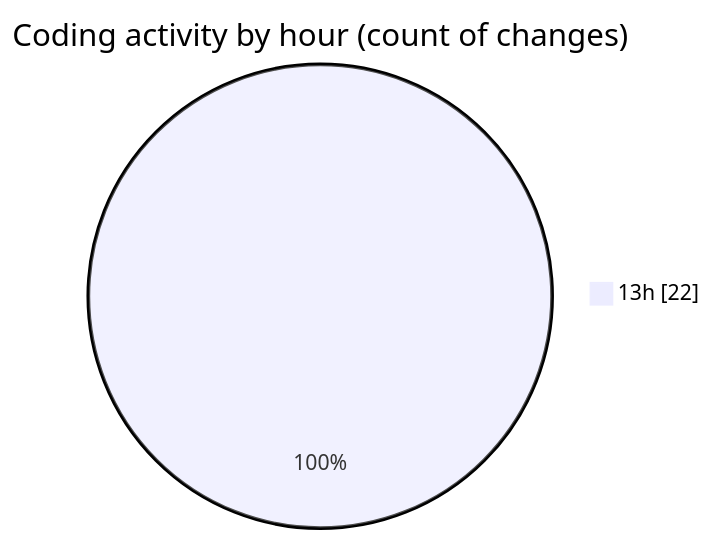
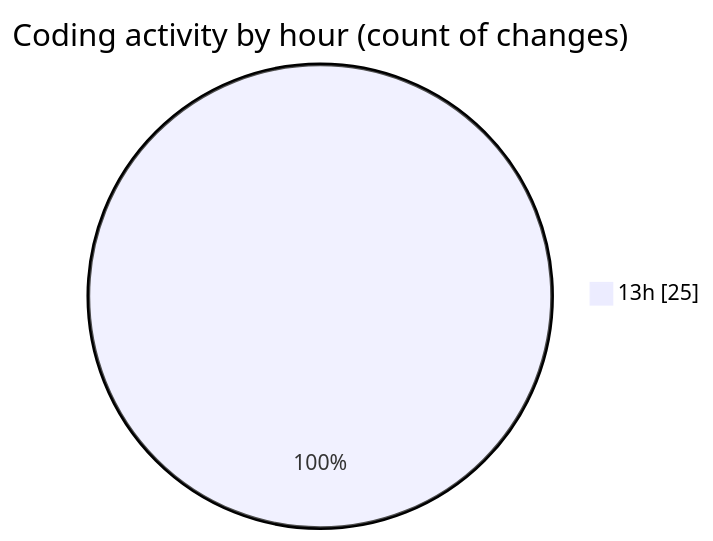
The second of 2 diagrams in 2025-06-29/whiteboard/README.md (Ritupan-Deka/code-tracking), drawn with Mermaid before and after one commit. The commit also changed other lines of this file and 1 other file, not shown here.

````diff
--- a/2025-06-29/whiteboard/README.md
+++ b/2025-06-29/whiteboard/README.md
@@ -31,5 +31,5 @@
 ```mermaid
 pie showData
 title Coding activity by hour (count of changes)
-"13h" : 22
+"13h" : 25
 ```
````
